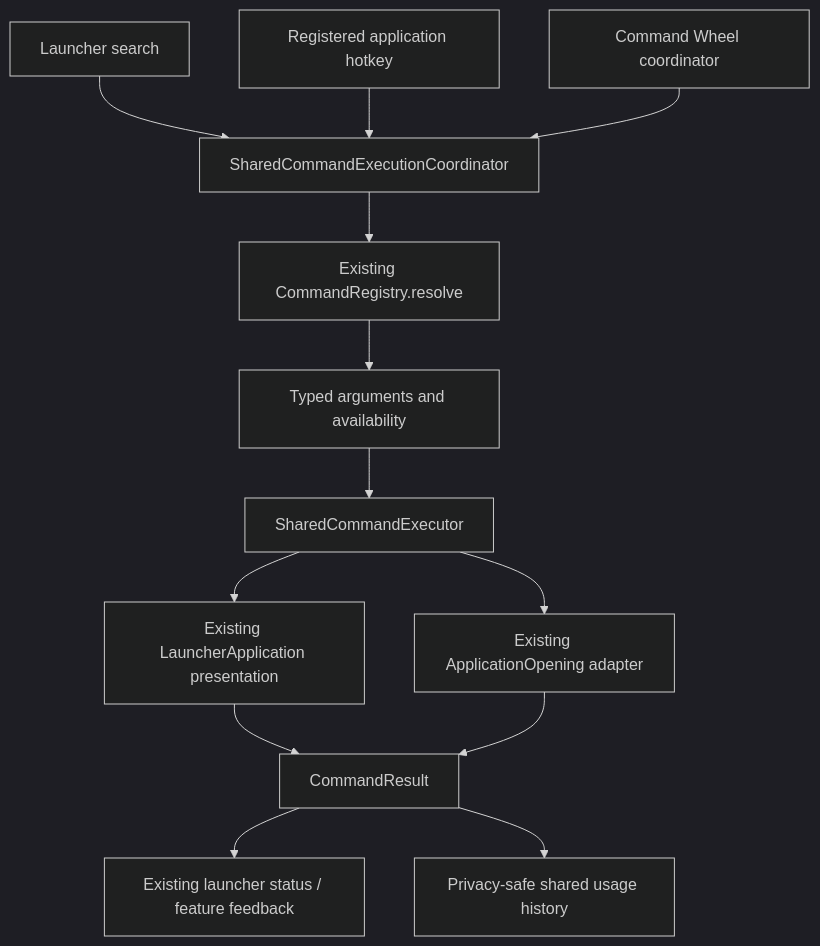
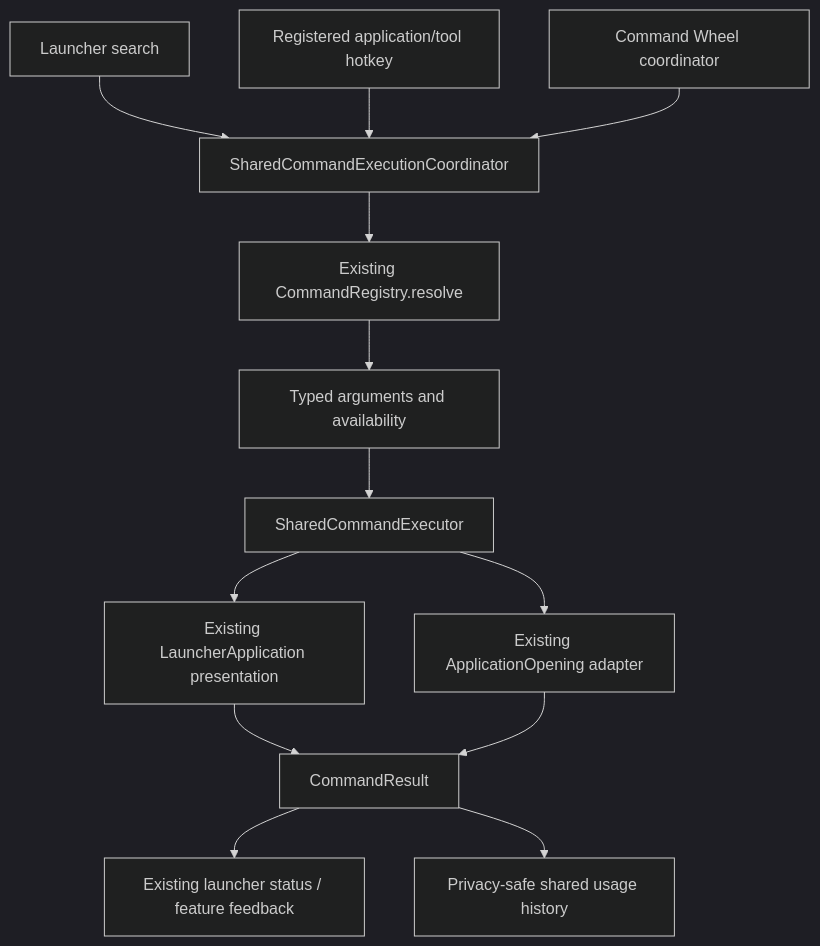
The first of 3 diagrams in docs/COMMAND_WHEEL_ARCHITECTURE.md (marcos-padilla/Commandly), drawn with Mermaid (dark theme) before and after one commit. The commit also changed other lines of this file and 7409 other files, not shown here.

````diff
--- a/docs/COMMAND_WHEEL_ARCHITECTURE.md
+++ b/docs/COMMAND_WHEEL_ARCHITECTURE.md
@@ -40,15 +40,15 @@
 ```mermaid
 flowchart TD
     S["Launcher search"] --> C["SharedCommandExecutionCoordinator"]
-    H["Registered application hotkey"] --> C
+    H["Registered application/tool hotkey"] --> C
     W["Command Wheel coordinator"] --> C
     C --> R["Existing CommandRegistry.resolve"]
     R --> V["Typed arguments and availability"]
     V --> E["SharedCommandExecutor"]
     E --> P["Existing LauncherApplication presentation"]
     E --> O["Existing ApplicationOpening adapter"]
     P --> X["CommandResult"]
     O --> X
     X --> F["Existing launcher status / feature feedback"]
     X --> U["Privacy-safe shared usage history"]
 ```
````
